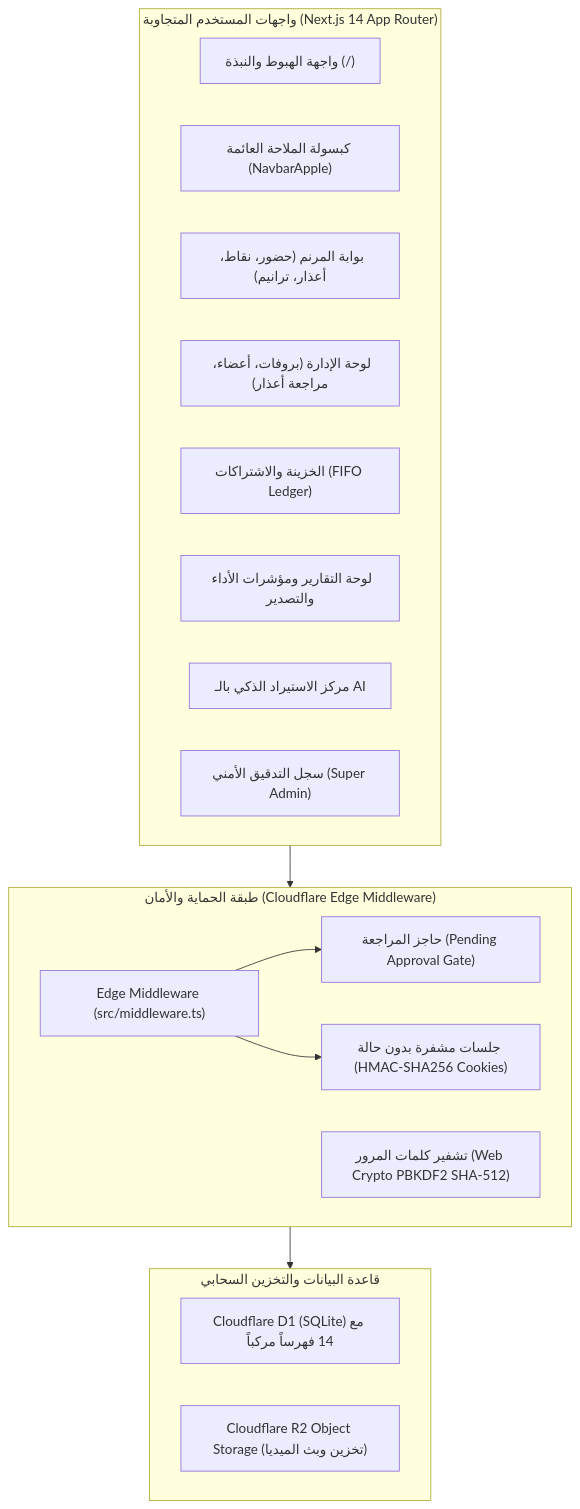
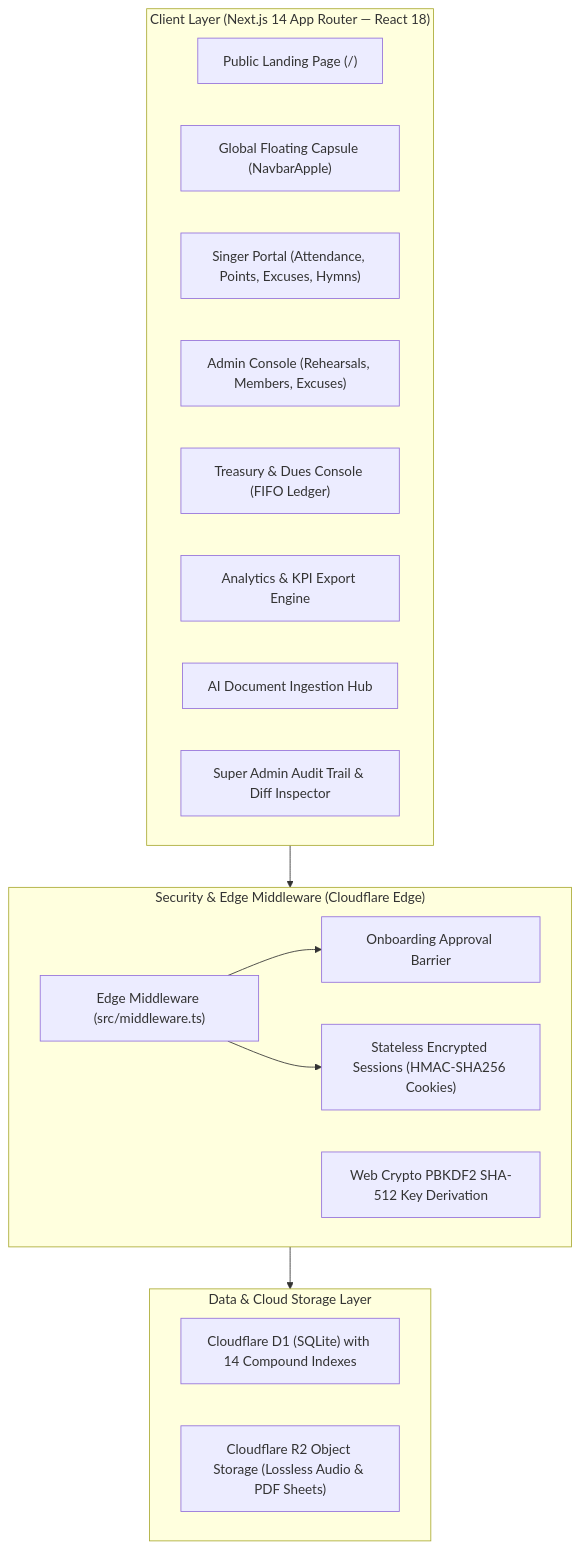
One commit to FadyAmgadNaoum/ThamarShefahChoir changed the diagram in README.md. Above: the diagram before and after it, drawn with Mermaid. The commit also changed other lines of this file, not shown here.

````diff
--- a/README.md
+++ b/README.md
@@ -103,30 +106,30 @@
 ```mermaid
 flowchart TD
-    subgraph ClientLayer["واجهات المستخدم المتجاوبة (Next.js 14 App Router)"]
-        Landing["واجهة الهبوط والنبذة (/)"]
-        DynamicIsland["كبسولة الملاحة العائمة (NavbarApple)"]
-        MemberPortal["بوابة المرنم (حضور، نقاط، أعذار، ترانيم)"]
-        AdminDashboard["لوحة الإدارة (بروفات، أعضاء، مراجعة أعذار)"]
-        FinanceDashboard["الخزينة والاشتراكات (FIFO Ledger)"]
-        ReportsConsole["لوحة التقارير ومؤشرات الأداء والتصدير"]
-        AIImportHub["مركز الاستيراد الذكي بالـ AI"]
-        SuperAudit["سجل التدقيق الأمني (Super Admin)"]
+    subgraph ClientLayer["Client Layer (Next.js 14 App Router — React 18)"]
+        Landing["Public Landing Page (/)"]
+        DynamicIsland["Global Floating Capsule (NavbarApple)"]
+        MemberPortal["Singer Portal (Attendance, Points, Excuses, Hymns)"]
+        AdminDashboard["Admin Console (Rehearsals, Members, Excuses)"]
+        FinanceDashboard["Treasury & Dues Console (FIFO Ledger)"]
+        ReportsConsole["Analytics & KPI Export Engine"]
+        AIImportHub["AI Document Ingestion Hub"]
+        SuperAudit["Super Admin Audit Trail & Diff Inspector"]
     end
 
-    subgraph SecurityLayer["طبقة الحماية والأمان (Cloudflare Edge Middleware)"]
+    subgraph SecurityLayer["Security & Edge Middleware (Cloudflare Edge)"]
         EdgeMW["Edge Middleware (src/middleware.ts)"]
-        AuthBarrier["حاجز المراجعة (Pending Approval Gate)"]
-        PBKDF2["تشفير كلمات المرور (Web Crypto PBKDF2 SHA-512)"]
-        SessionCrypto["جلسات مشفرة بدون حالة (HMAC-SHA256 Cookies)"]
+        AuthBarrier["Onboarding Approval Barrier"]
+        PBKDF2["Web Crypto PBKDF2 SHA-512 Key Derivation"]
+        SessionCrypto["Stateless Encrypted Sessions (HMAC-SHA256 Cookies)"]
         EdgeMW --> AuthBarrier
         EdgeMW --> SessionCrypto
     end
 
-    subgraph StorageLayer["قاعدة البيانات والتخزين السحابي"]
-        D1["Cloudflare D1 (SQLite) مع 14 فهرساً مركباً"]
-        R2["Cloudflare R2 Object Storage (تخزين وبث الميديا)"]
+    subgraph StorageLayer["Data & Cloud Storage Layer"]
+        D1["Cloudflare D1 (SQLite) with 14 Compound Indexes"]
+        R2["Cloudflare R2 Object Storage (Lossless Audio & PDF Sheets)"]
     end
 
     ClientLayer --> SecurityLayer
     SecurityLayer --> StorageLayer
 ```
````
